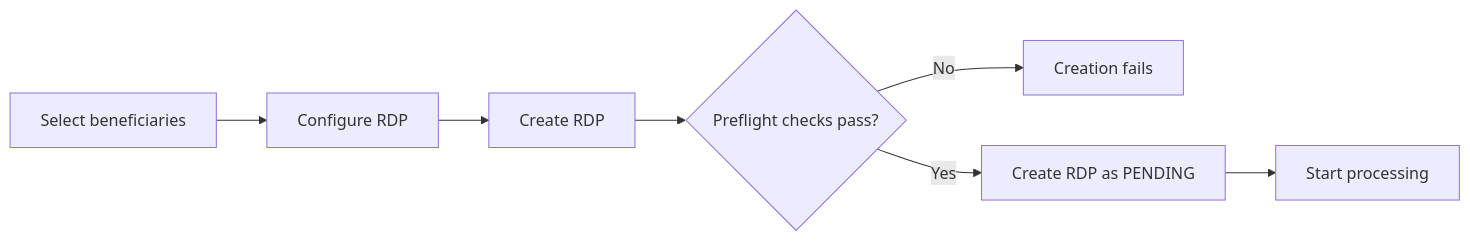
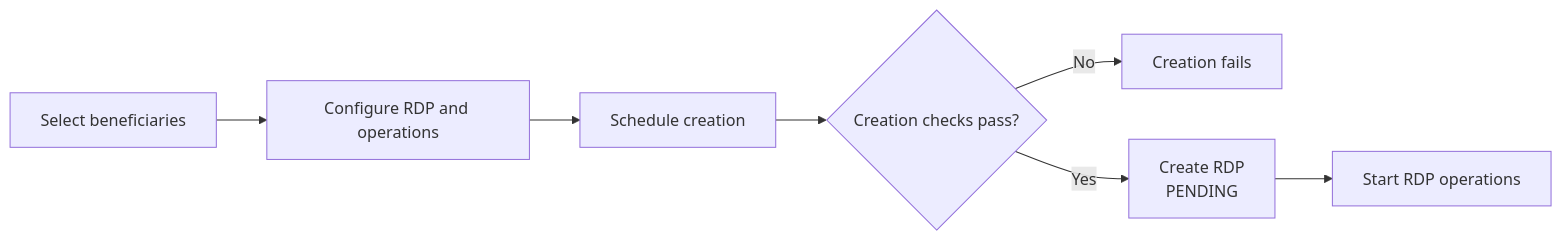
One commit to unicef/hope-country-workspace changed the diagram in docs/src/rdp/create.md. Above: the diagram before and after it, drawn with Mermaid. The commit also changed other lines of this file and 21 other files, not shown here.

````diff
--- a/docs/src/rdp/create.md
+++ b/docs/src/rdp/create.md
@@ -43,10 +31,10 @@
 ```mermaid
 flowchart LR
     A[Select beneficiaries]
-        --> B[Configure RDP]
-        --> C[Create RDP]
-        --> D{Preflight checks pass?}
+        --> B[Configure RDP and operations]
+        --> C[Schedule creation]
+        --> D{Creation checks pass?}
     D -->|No| E[Creation fails]
-    D -->|Yes| F[Create RDP as PENDING]
-    F --> G[Start processing]
+    D -->|Yes| F[Create RDP<br/>PENDING]
+    F --> G[Start RDP operations]
 ```
````
